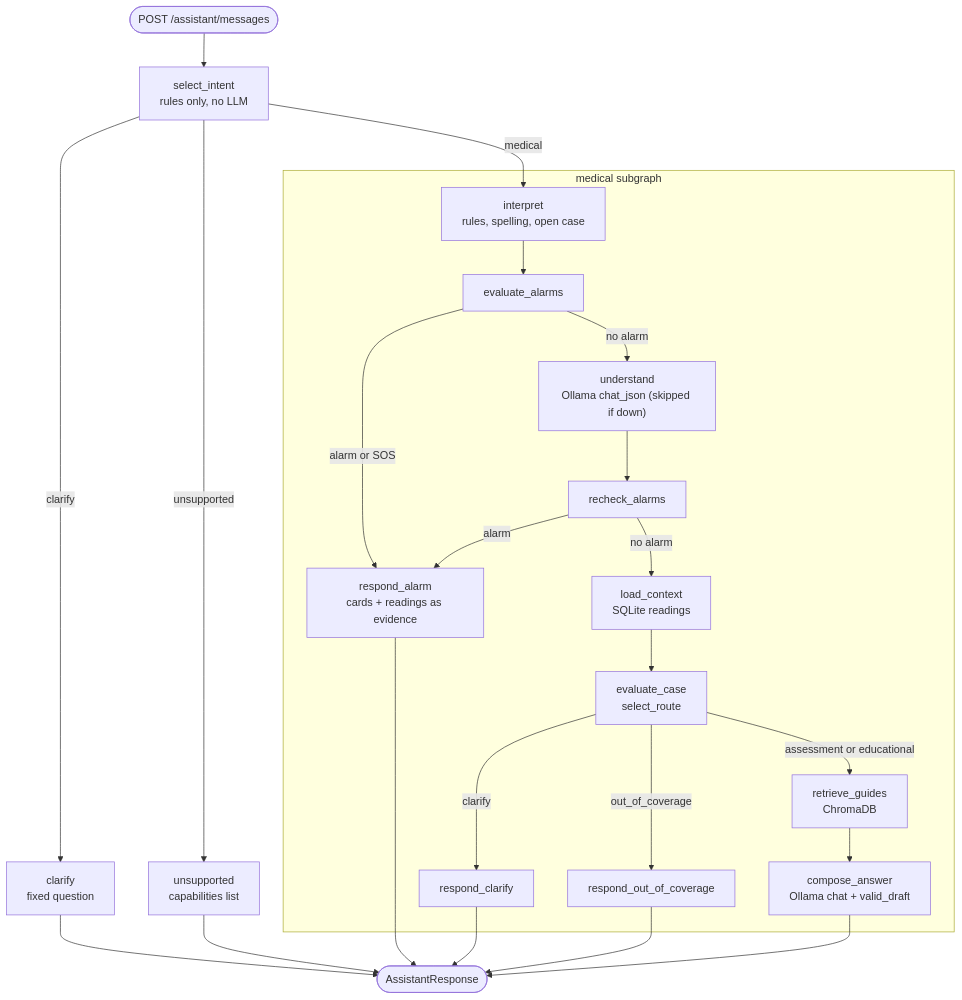
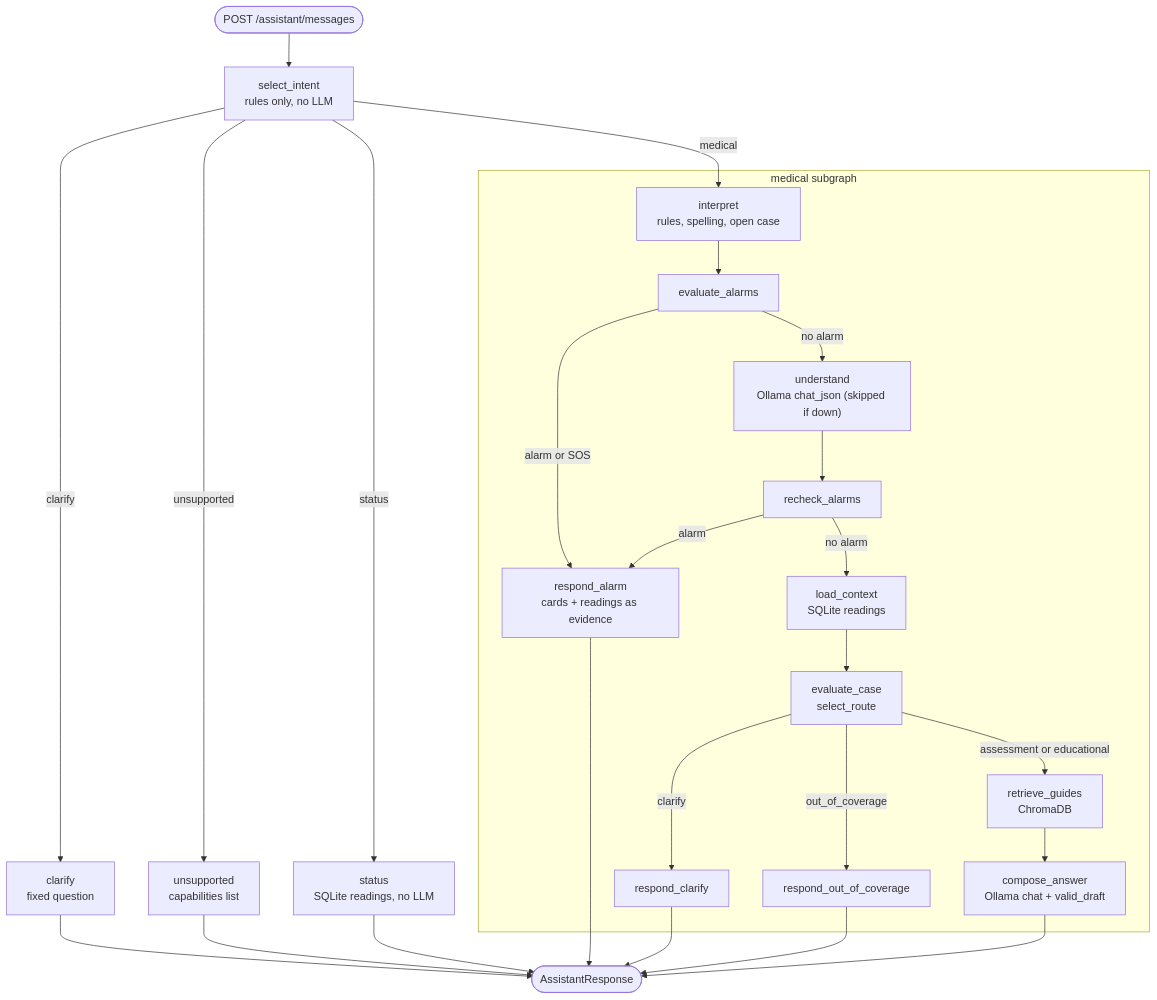
One commit to rubenyh/SpaceApps-2026 changed the second of 5 diagrams in docs/ARCHITECTURE.md. Above: the diagram before and after it, drawn with Mermaid. The commit also changed other lines of this file and 7 other files, not shown here.

````diff
--- a/docs/ARCHITECTURE.md
+++ b/docs/ARCHITECTURE.md
@@ -174,26 +174,28 @@
 ```mermaid
 flowchart TD
     In(["POST /assistant/messages"]) --> SI["select_intent<br/>rules only, no LLM"]
     SI -- "clarify" --> PC["clarify<br/>fixed question"]
     SI -- "unsupported" --> PU["unsupported<br/>capabilities list"]
+    SI -- "status" --> PS["status<br/>SQLite readings, no LLM"]
     SI -- "medical" --> I
     subgraph Medical["medical subgraph"]
         I["interpret<br/>rules, spelling, open case"] --> EA["evaluate_alarms"]
         EA -- "alarm or SOS" --> RA["respond_alarm<br/>cards + readings as evidence"]
         EA -- "no alarm" --> U["understand<br/>Ollama chat_json (skipped if down)"]
         U --> RC["recheck_alarms"]
         RC -- "alarm" --> RA
         RC -- "no alarm" --> LC["load_context<br/>SQLite readings"]
         LC --> EC["evaluate_case<br/>select_route"]
         EC -- "clarify" --> RCL["respond_clarify"]
         EC -- "out_of_coverage" --> ROC["respond_out_of_coverage"]
         EC -- "assessment or educational" --> RG["retrieve_guides<br/>ChromaDB"]
         RG --> CA["compose_answer<br/>Ollama chat + valid_draft"]
     end
     PC --> Out(["AssistantResponse"])
     PU --> Out
+    PS --> Out
     RA --> Out
     RCL --> Out
     ROC --> Out
     CA --> Out
 ```
````
